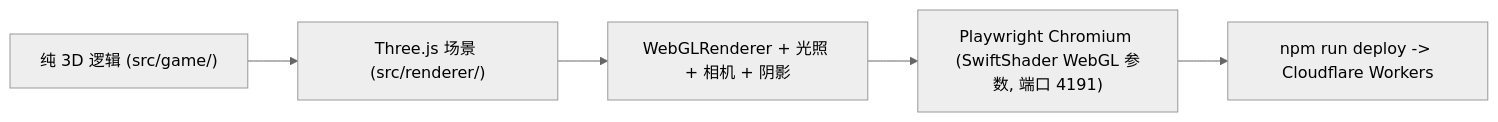
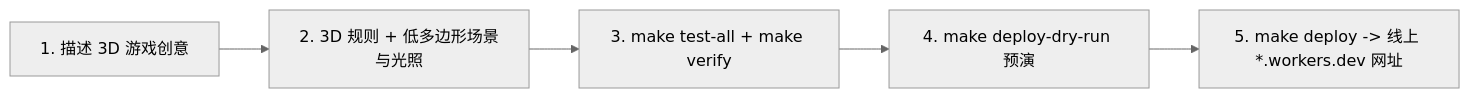
One commit to vuhung16au/gemini-games changed the diagram in courses/day-09-building-a-3d-game/README.zh.md. Above: the diagram before and after it, drawn with Mermaid (neutral theme). The commit also changed other lines of this file and 30 other files, not shown here.

````diff
--- a/courses/day-09-building-a-3d-game/README.zh.md
+++ b/courses/day-09-building-a-3d-game/README.zh.md
@@ -12,7 +12,7 @@
 ```mermaid
 flowchart LR
-  Sim["纯 3D 逻辑 (src/game/)"] --> Scene["Three.js 场景 (src/renderer/)"]
-  Scene --> WebGL["WebGLRenderer + 光照 + 相机 + 阴影"]
-  WebGL --> E2E["Playwright Chromium (SwiftShader WebGL 参数, 端口 4191)"]
-  E2E --> Deploy["npm run deploy -> Cloudflare Workers"]
+  Idea["1. 描述 3D 游戏创意"] --> Sim["2. 3D 规则 + 低多边形场景与光照"]
+  Sim --> Verify["3. make test-all + make verify"]
+  Verify --> DryRun["4. make deploy-dry-run 预演"]
+  DryRun --> Deploy["5. make deploy -> 线上 *.workers.dev 网址"]
 ```
````
